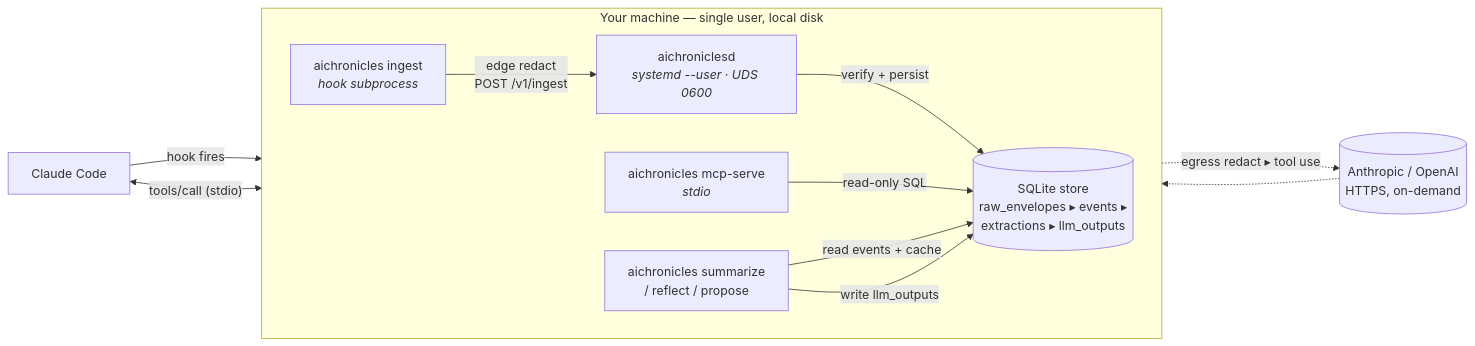
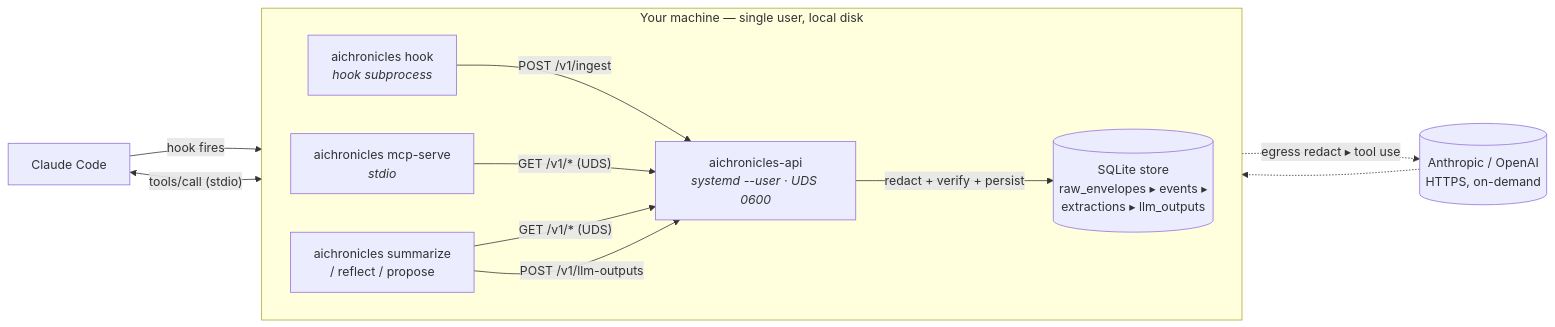
The diagram in README.md (toabctl/aichronicles), drawn with Mermaid before and after one commit. The commit also changed 53 other files, not shown here.

First line of the commit message:
docs: reflect single-daemon api-only architecture

````diff
--- a/README.md
+++ b/README.md
@@ -13,24 +13,24 @@
 ```mermaid
 flowchart LR
     cc[Claude Code]
-    api[(Anthropic / OpenAI<br/>HTTPS, on-demand)]
+    llm[(Anthropic / OpenAI<br/>HTTPS, on-demand)]
 
     subgraph local["Your machine — single user, local disk"]
         direction LR
-        ingest["aichronicles ingest<br/><i>hook subprocess</i>"]
-        daemon["aichroniclesd<br/><i>systemd --user · UDS 0600</i>"]
+        hook["aichronicles hook<br/><i>hook subprocess</i>"]
+        api["aichronicles-api<br/><i>systemd --user · UDS 0600</i>"]
         db[("SQLite store<br/>raw_envelopes ▸ events ▸<br/>extractions ▸ llm_outputs")]
         mcp["aichronicles mcp-serve<br/><i>stdio</i>"]
         cli["aichronicles summarize<br/>/ reflect / propose"]
     end
 
-    cc -- "hook fires" --> ingest
-    ingest -- "edge redact<br/>POST /v1/ingest" --> daemon
-    daemon -- "verify + persist" --> db
+    cc -- "hook fires" --> hook
+    hook -- "POST /v1/ingest" --> api
+    api -- "redact + verify + persist" --> db
     cc <-- "tools/call (stdio)" --> mcp
-    mcp -- "read-only SQL" --> db
-    cli -- "read events + cache" --> db
-    cli -.->|"egress redact ▸ tool use"| api
-    api -.-> cli
-    cli -- "write llm_outputs" --> db
+    mcp -- "GET /v1/* (UDS)" --> api
+    cli -- "GET /v1/* (UDS)" --> api
+    cli -.->|"egress redact ▸ tool use"| llm
+    llm -.-> cli
+    cli -- "POST /v1/llm-outputs" --> api
 ```
````
